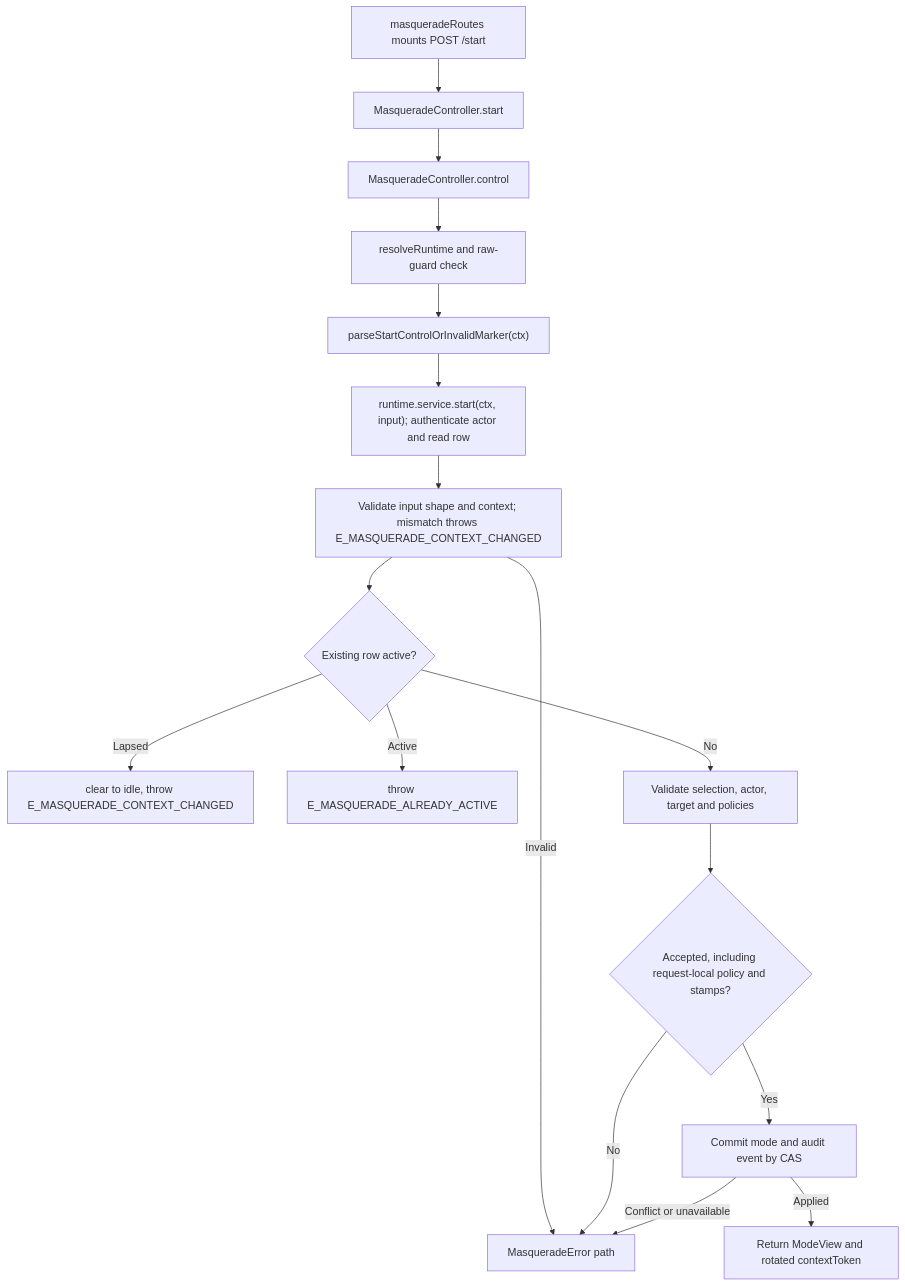
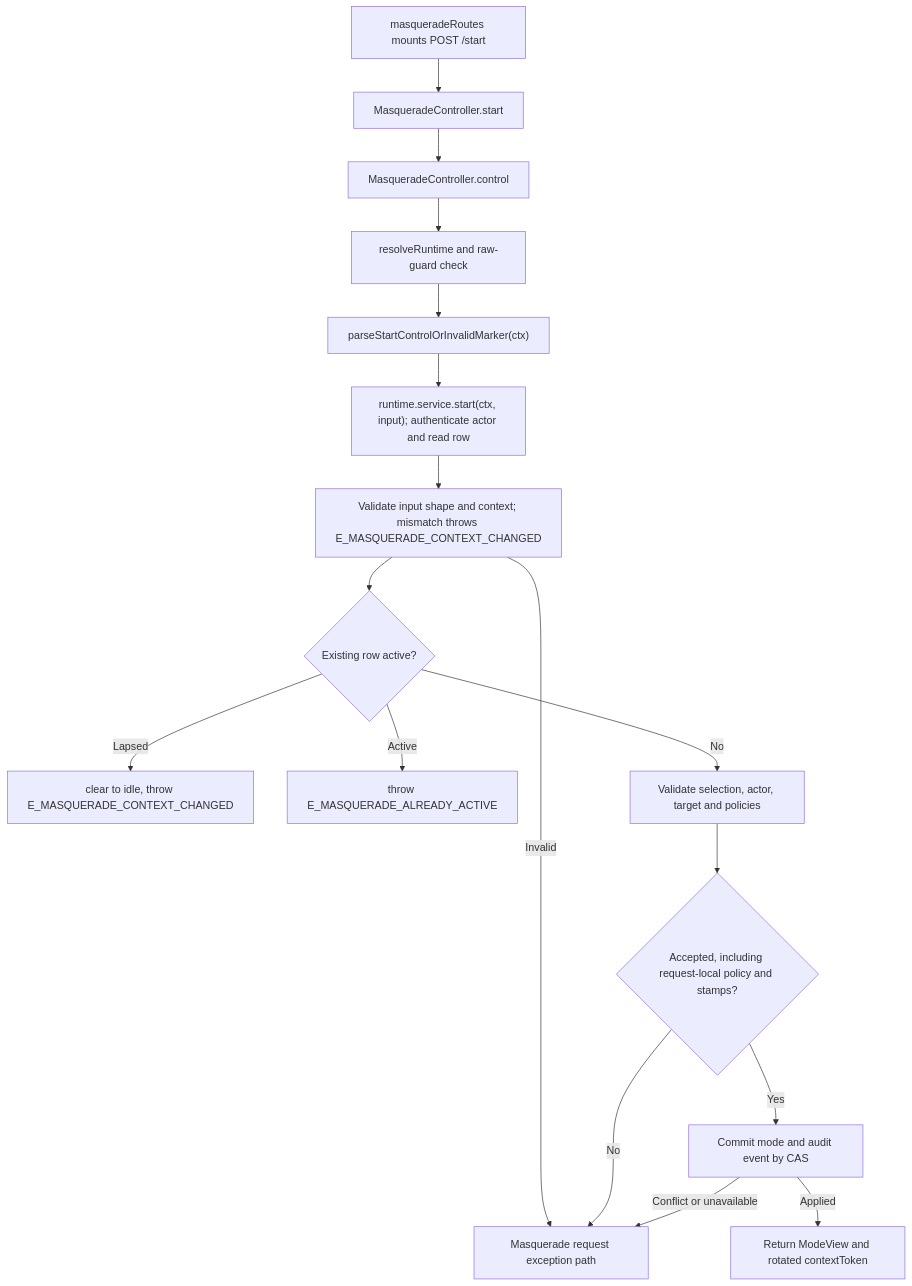
One commit to Kevinjohn/oss-adonisjs-masquerade changed the second of 2 diagrams in user-stories/start-stop-mode/us-actor-01-start-stop-mode.md. Above: the diagram before and after it, drawn with Mermaid. The commit also changed 92 other files, not shown here.

````diff
--- a/user-stories/start-stop-mode/us-actor-01-start-stop-mode.md
+++ b/user-stories/start-stop-mode/us-actor-01-start-stop-mode.md
@@ -56,19 +56,19 @@
 ```mermaid
 flowchart TD
     A["masqueradeRoutes mounts POST /start"] --> B["MasqueradeController.start"]
     B --> C["MasqueradeController.control"]
     C --> D["resolveRuntime and raw-guard check"]
     D --> E["parseStartControlOrInvalidMarker(ctx)"]
     E --> F["runtime.service.start(ctx, input); authenticate actor and read row"]
     F --> G["Validate input shape and context; mismatch throws E_MASQUERADE_CONTEXT_CHANGED"]
     G -->|Invalid| I
     G --> L{"Existing row active?"}
     L -->|Lapsed| M["clear to idle, throw E_MASQUERADE_CONTEXT_CHANGED"]
     L -->|Active| N["throw E_MASQUERADE_ALREADY_ACTIVE"]
     L -->|No| P["Validate selection, actor, target and policies"]
     P --> H{"Accepted, including request-local policy and stamps?"}
-    H -->|No| I["MasqueradeError path"]
+    H -->|No| I["Masquerade request exception path"]
     H -->|Yes| K["Commit mode and audit event by CAS"]
     K -->|Applied| J["Return ModeView and rotated contextToken"]
     K -->|Conflict or unavailable| I
 ```
````
